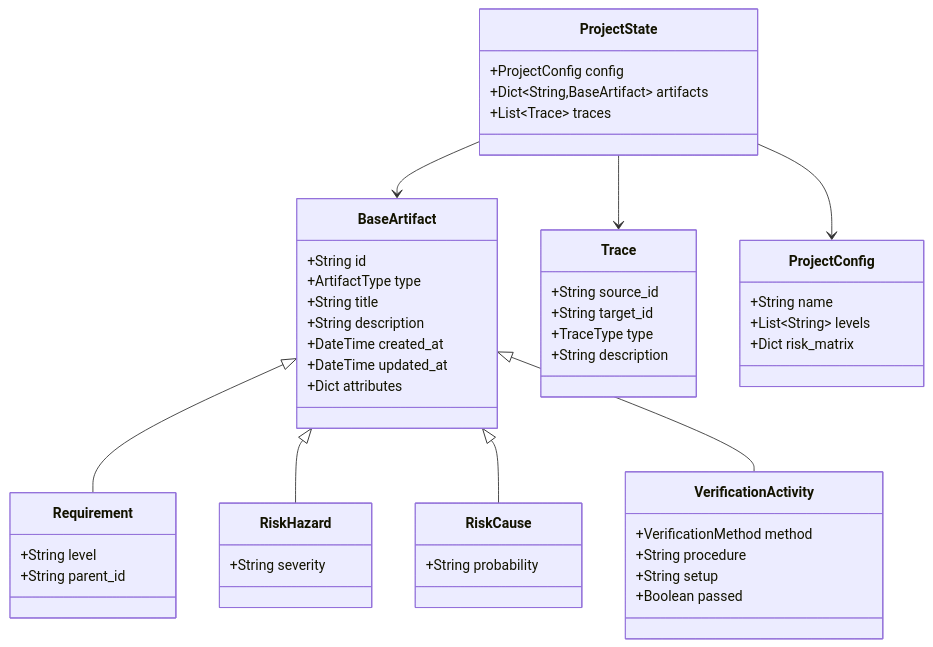
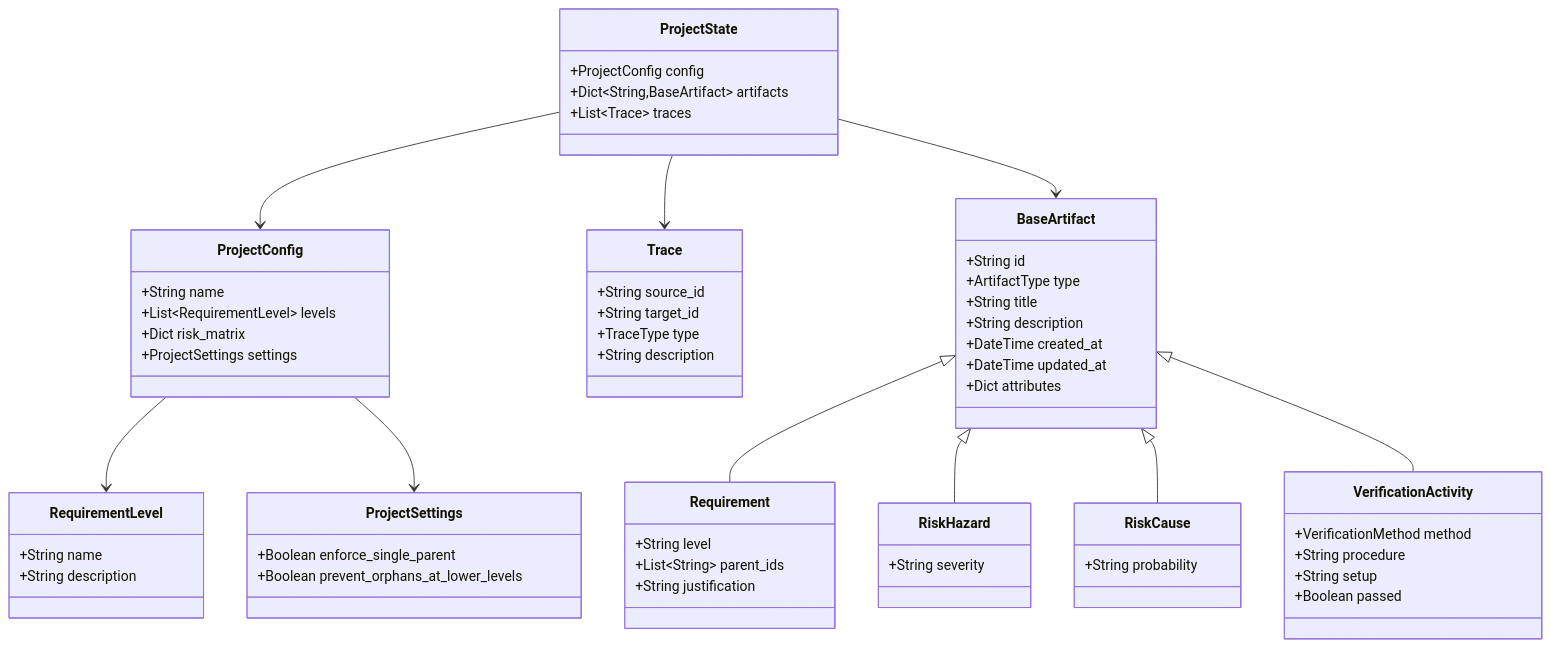
Before and after one commit to mpvismer/sealmit: the fourth of 16 diagrams in ARCHITECTURE.md, drawn with Mermaid. The commit also changed other lines of this file and 27 other files, not shown here.

````diff
--- a/ARCHITECTURE.md
+++ b/ARCHITECTURE.md
@@ -202,59 +205,73 @@
 ```mermaid
 classDiagram
     class BaseArtifact {
         +String id
         +ArtifactType type
         +String title
         +String description
         +DateTime created_at
         +DateTime updated_at
         +Dict attributes
     }
     
     class Requirement {
         +String level
-        +String parent_id
+        +List~String~ parent_ids
+        +String justification
     }
     
     class RiskHazard {
         +String severity
     }
     
     class RiskCause {
         +String probability
     }
     
     class VerificationActivity {
         +VerificationMethod method
         +String procedure
         +String setup
         +Boolean passed
     }
     
     class Trace {
         +String source_id
         +String target_id
         +TraceType type
         +String description
     }
     
     class ProjectState {
         +ProjectConfig config
         +Dict~String,BaseArtifact~ artifacts
         +List~Trace~ traces
     }
     
+    class RequirementLevel {
+        +String name
+        +String description
+    }
+    
+    class ProjectSettings {
+        +Boolean enforce_single_parent
+        +Boolean prevent_orphans_at_lower_levels
+    }
+    
     class ProjectConfig {
         +String name
-        +List~String~ levels
+        +List~RequirementLevel~ levels
         +Dict risk_matrix
+        +ProjectSettings settings
     }
     
     BaseArtifact <|-- Requirement
     BaseArtifact <|-- RiskHazard
     BaseArtifact <|-- RiskCause
     BaseArtifact <|-- VerificationActivity
     ProjectState --> ProjectConfig
     ProjectState --> BaseArtifact
     ProjectState --> Trace
+    ProjectConfig --> RequirementLevel
+    ProjectConfig --> ProjectSettings
 ```
````
